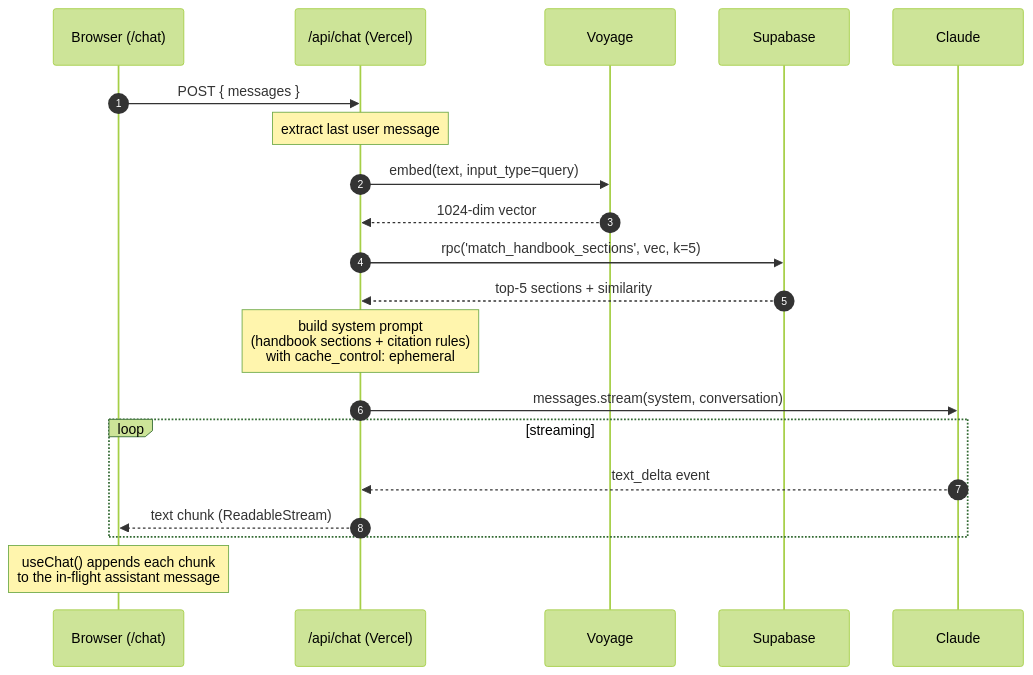
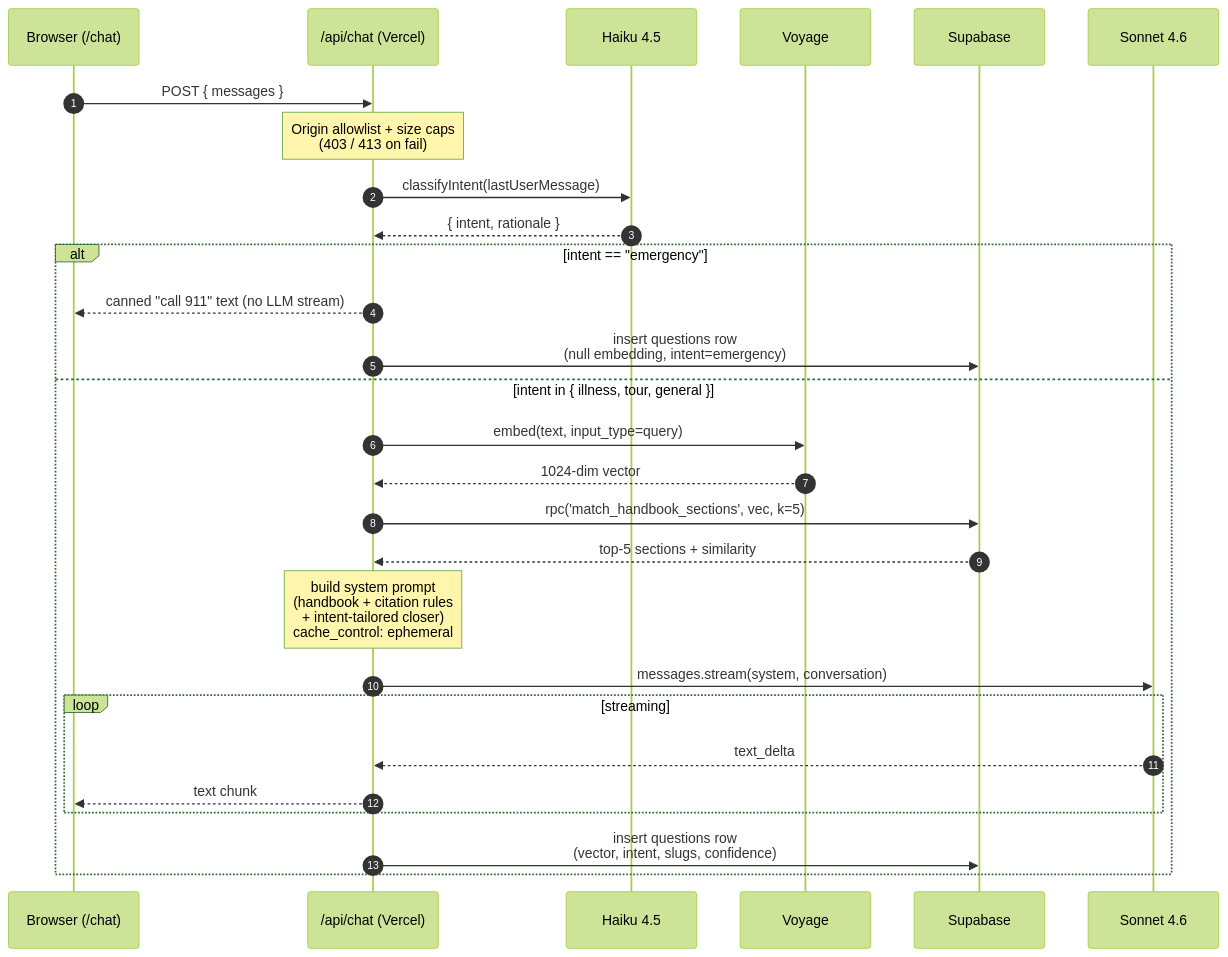
The second of 5 diagrams in docs/ARCHITECTURE.md (cooksterj/brightwheel-frontdesk), drawn with Mermaid (forest theme) before and after one commit. The commit also changed other lines of this file and 31 other files, not shown here.

````diff
--- a/docs/ARCHITECTURE.md
+++ b/docs/ARCHITECTURE.md
@@ -58,23 +88,32 @@
 ```mermaid
 sequenceDiagram
     autonumber
     participant B as Browser (/chat)
     participant API as /api/chat (Vercel)
+    participant H as Haiku 4.5
     participant V as Voyage
     participant DB as Supabase
-    participant C as Claude
+    participant S as Sonnet 4.6
 
     B->>API: POST { messages }
-    Note over API: extract last user message
-    API->>V: embed(text, input_type=query)
-    V-->>API: 1024-dim vector
-    API->>DB: rpc('match_handbook_sections', vec, k=5)
-    DB-->>API: top-5 sections + similarity
-    Note over API: build system prompt<br/>(handbook sections + citation rules)<br/>with cache_control: ephemeral
-    API->>C: messages.stream(system, conversation)
-    loop streaming
-      C-->>API: text_delta event
-      API-->>B: text chunk (ReadableStream)
+    Note over API: Origin allowlist + size caps<br/>(403 / 413 on fail)
+    API->>H: classifyIntent(lastUserMessage)
+    H-->>API: { intent, rationale }
+
+    alt intent == "emergency"
+      API-->>B: canned "call 911" text (no LLM stream)
+      API->>DB: insert questions row<br/>(null embedding, intent=emergency)
+    else intent in { illness, tour, general }
+      API->>V: embed(text, input_type=query)
+      V-->>API: 1024-dim vector
+      API->>DB: rpc('match_handbook_sections', vec, k=5)
+      DB-->>API: top-5 sections + similarity
+      Note over API: build system prompt<br/>(handbook + citation rules<br/>+ intent-tailored closer)<br/>cache_control: ephemeral
+      API->>S: messages.stream(system, conversation)
+      loop streaming
+        S-->>API: text_delta
+        API-->>B: text chunk
+      end
+      API->>DB: insert questions row<br/>(vector, intent, slugs, confidence)
     end
-    Note over B: useChat() appends each chunk<br/>to the in-flight assistant message
 ```
````
